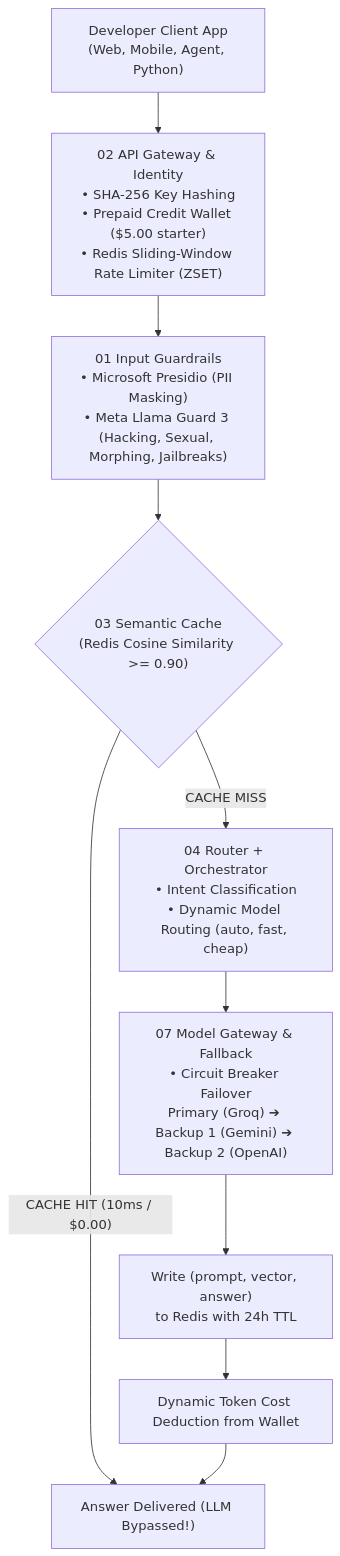
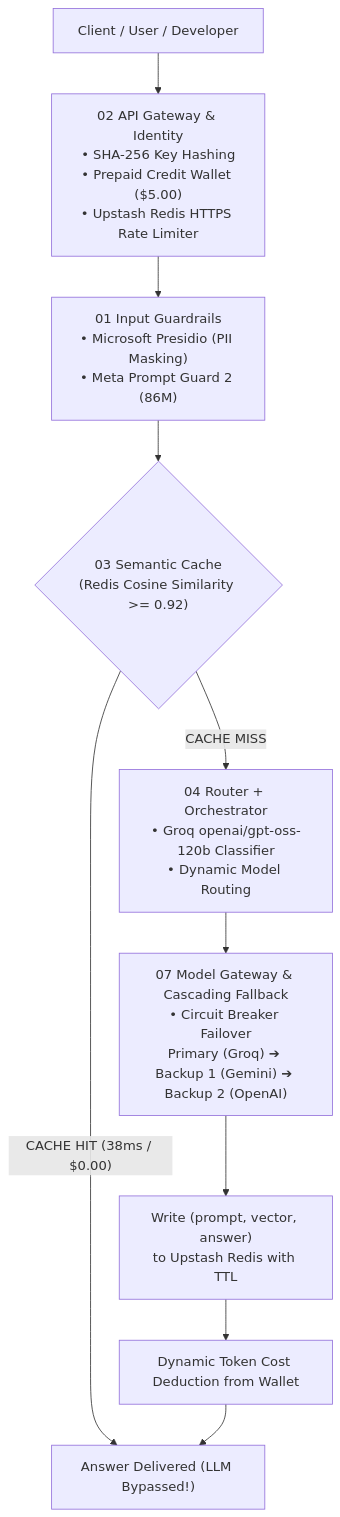
One commit to AvinashGottapu/nexus-ai-gateway changed the diagram in README.md. Above: the diagram before and after it, drawn with Mermaid. The commit also changed other lines of this file and 73 other files, not shown here.

````diff
--- a/README.md
+++ b/README.md
@@ -9,16 +41,16 @@
 ```mermaid
 flowchart TD
-    Client["Developer Client App\n(Web, Mobile, Agent, Python)"] --> Gateway["02 API Gateway & Identity\n• SHA-256 Key Hashing\n• Prepaid Credit Wallet ($5.00 starter)\n• Redis Sliding-Window Rate Limiter (ZSET)"]
-    Gateway --> Guardrails["01 Input Guardrails\n• Microsoft Presidio (PII Masking)\n• Meta Llama Guard 3 (Hacking, Sexual, Morphing, Jailbreaks)"]
-    Guardrails --> SemCache{"03 Semantic Cache\n(Redis Cosine Similarity >= 0.90)"}
+    Client["Client / User / Developer"] --> Gateway["02 API Gateway & Identity\n• SHA-256 Key Hashing\n• Prepaid Credit Wallet ($5.00)\n• Upstash Redis HTTPS Rate Limiter"]
+    Gateway --> Guardrails["01 Input Guardrails\n• Microsoft Presidio (PII Masking)\n• Meta Prompt Guard 2 (86M)"]
+    Guardrails --> SemCache{"03 Semantic Cache\n(Redis Cosine Similarity >= 0.92)"}
     
-    SemCache -- "CACHE HIT (10ms / $0.00)" --> Output["Answer Delivered (LLM Bypassed!)"]
+    SemCache -- "CACHE HIT (38ms / $0.00)" --> Output["Answer Delivered (LLM Bypassed!)"]
     
-    SemCache -- "CACHE MISS" --> Router["04 Router + Orchestrator\n• Intent Classification\n• Dynamic Model Routing (auto, fast, cheap)"]
+    SemCache -- "CACHE MISS" --> Router["04 Router + Orchestrator\n• Groq openai/gpt-oss-120b Classifier\n• Dynamic Model Routing"]
     
-    Router --> ModelGateway["07 Model Gateway & Fallback\n• Circuit Breaker Failover\nPrimary (Groq) ➔ Backup 1 (Gemini) ➔ Backup 2 (OpenAI)"]
+    Router --> ModelGateway["07 Model Gateway & Cascading Fallback\n• Circuit Breaker Failover\nPrimary (Groq) ➔ Backup 1 (Gemini) ➔ Backup 2 (OpenAI)"]
     
-    ModelGateway --> WriteCache["Write (prompt, vector, answer)\nto Redis with 24h TTL"]
+    ModelGateway --> WriteCache["Write (prompt, vector, answer)\nto Upstash Redis with TTL"]
     WriteCache --> Deduct["Dynamic Token Cost Deduction from Wallet"]
     Deduct --> Output
 ```
````
